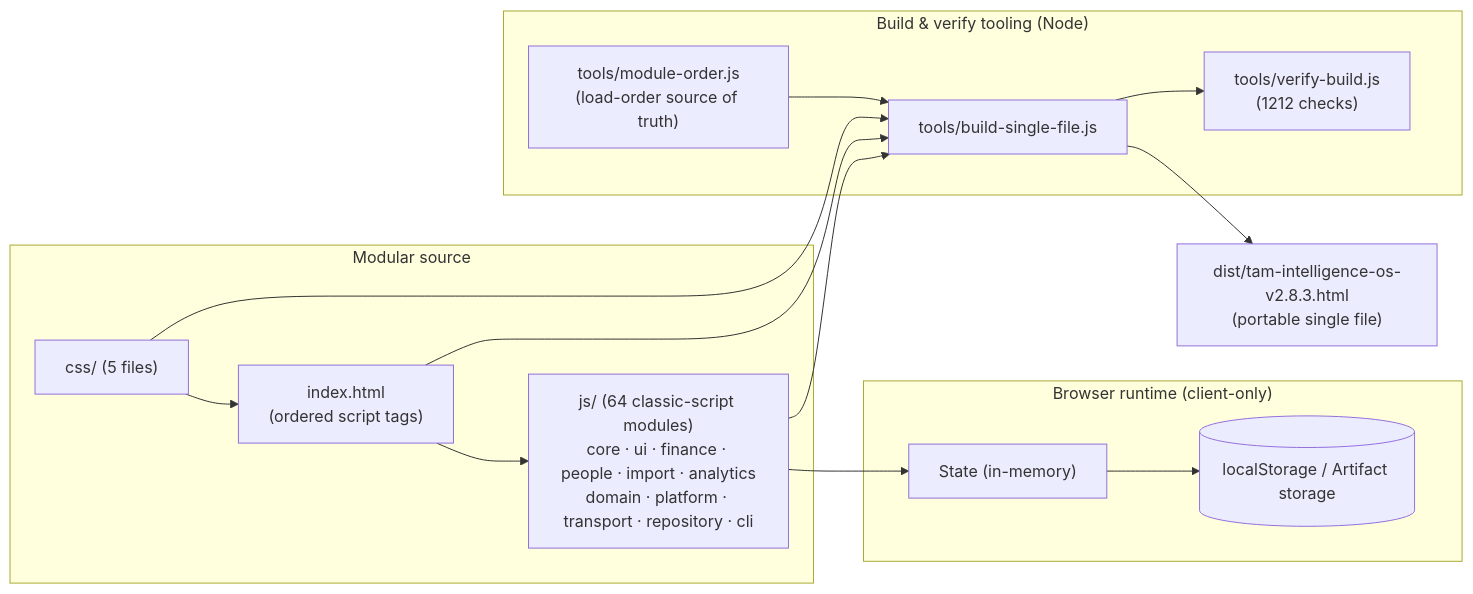
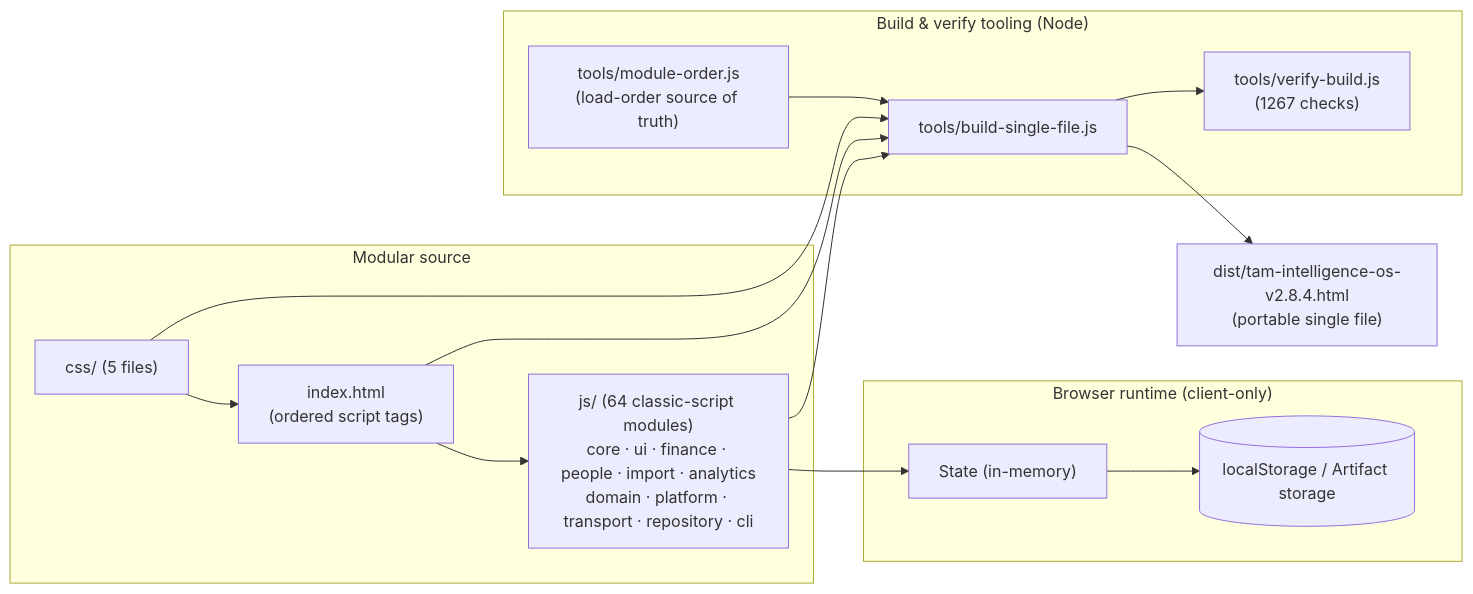
One commit to fanoryu/TAM-Intelligence-OS changed the first of 2 diagrams in README.md. Above: the diagram before and after it, drawn with Mermaid. The commit also changed other lines of this file and 2 other files, not shown here.

````diff
--- a/README.md
+++ b/README.md
@@ -170,27 +177,27 @@
 ```mermaid
 flowchart LR
   subgraph Source["Modular source"]
     IDX["index.html<br/>(ordered script tags)"]
     CSS["css/ (5 files)"]
     JS["js/ (64 classic-script modules)<br/>core · ui · finance · people · import · analytics<br/>domain · platform · transport · repository · cli"]
   end
   subgraph Runtime["Browser runtime (client-only)"]
     STATE["State (in-memory)"]
     LS[("localStorage / Artifact storage")]
   end
   subgraph Build["Build & verify tooling (Node)"]
     ORDER["tools/module-order.js<br/>(load-order source of truth)"]
     BUILD["tools/build-single-file.js"]
-    VERIFY["tools/verify-build.js<br/>(1212 checks)"]
+    VERIFY["tools/verify-build.js<br/>(1267 checks)"]
   end
-  DIST["dist/tam-intelligence-os-v2.8.3.html<br/>(portable single file)"]
+  DIST["dist/tam-intelligence-os-v2.8.4.html<br/>(portable single file)"]
 
   IDX --> JS --> STATE --> LS
   CSS --> IDX
   ORDER --> BUILD
   IDX --> BUILD
   CSS --> BUILD
   JS --> BUILD
   BUILD --> DIST
   BUILD --> VERIFY
 ```
````
